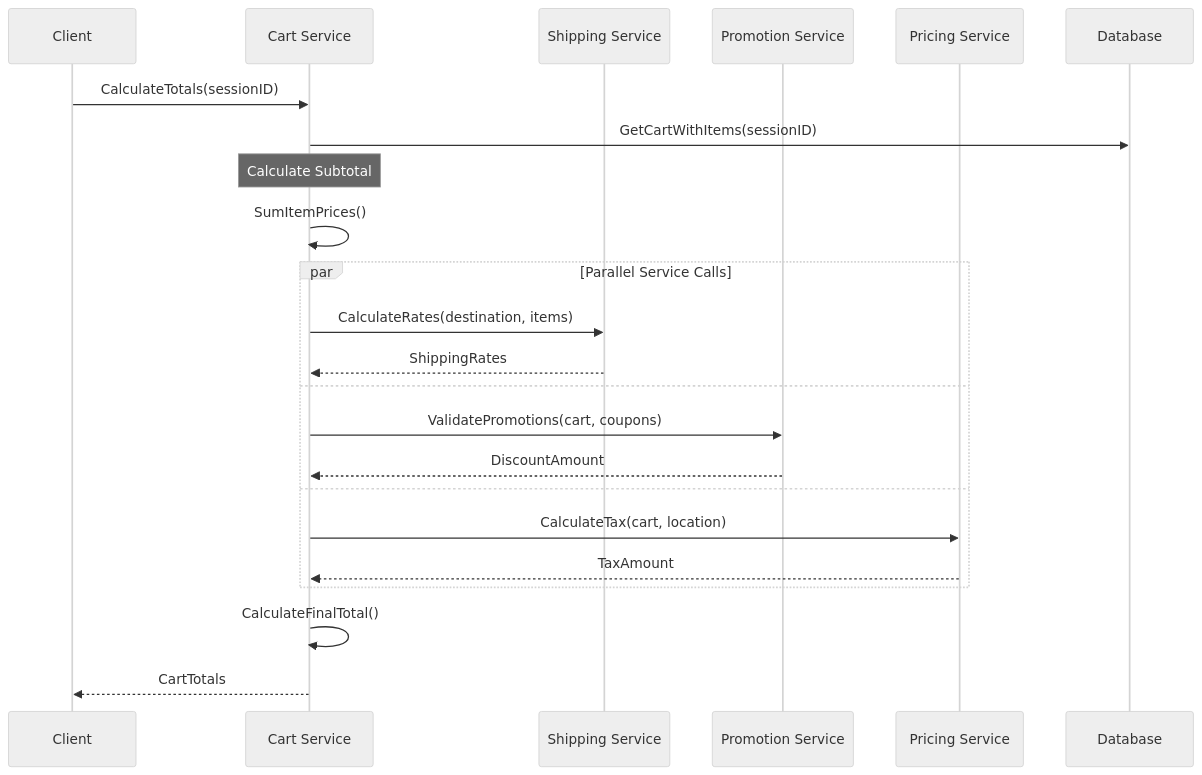
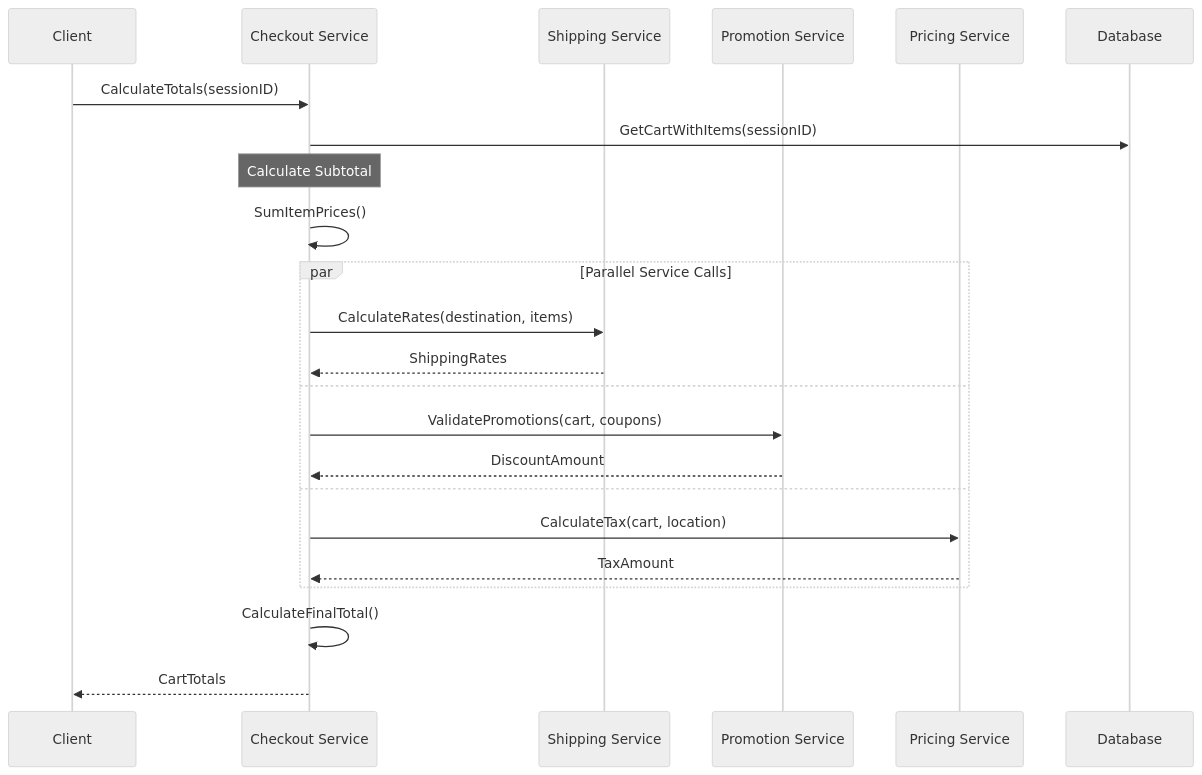
Before and after one commit to vesviet/Composable-Commerce-Service-Architecture: the second of 5 diagrams in 02-business-domains/commerce/cart-management.md, drawn with Mermaid (neutral theme). The commit also changed other lines of this file and 31 other files, not shown here.

````diff
--- a/02-business-domains/commerce/cart-management.md
+++ b/02-business-domains/commerce/cart-management.md
@@ -204,29 +209,29 @@
 ```mermaid
 sequenceDiagram
     participant C as Client
-    participant CS as Cart Service
+    participant CS as Checkout Service
     participant SS as Shipping Service
     participant PS as Promotion Service
     participant PRS as Pricing Service
     participant DB as Database
 
     C->>CS: CalculateTotals(sessionID)
     CS->>DB: GetCartWithItems(sessionID)
     
     Note over CS: Calculate Subtotal
     CS->>CS: SumItemPrices()
     
     par Parallel Service Calls
         CS->>SS: CalculateRates(destination, items)
         SS-->>CS: ShippingRates
     and
         CS->>PS: ValidatePromotions(cart, coupons)
         PS-->>CS: DiscountAmount
     and
         CS->>PRS: CalculateTax(cart, location)
         PRS-->>CS: TaxAmount
     end
     
     CS->>CS: CalculateFinalTotal()
     CS-->>C: CartTotals
 ```
````
